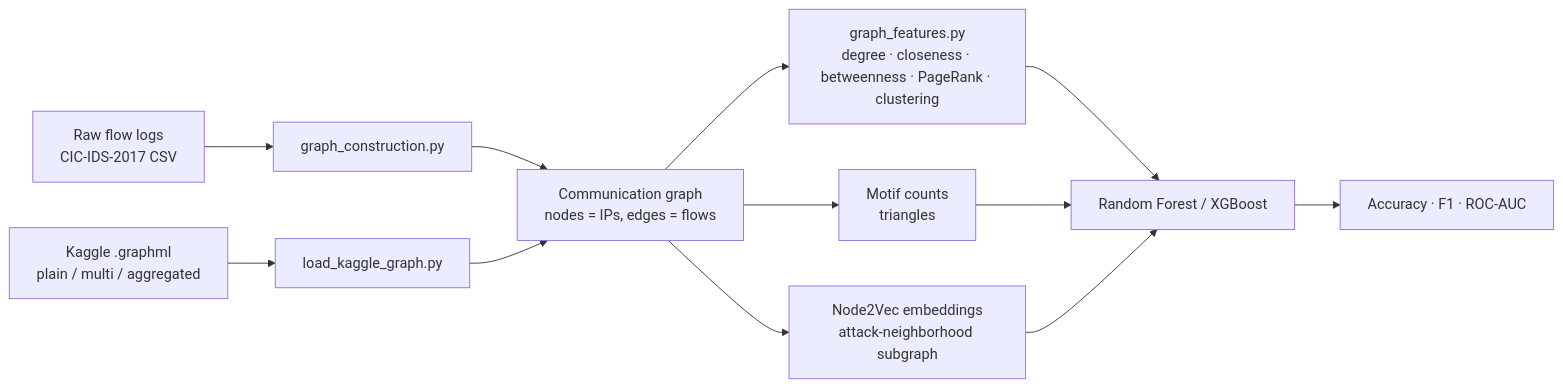
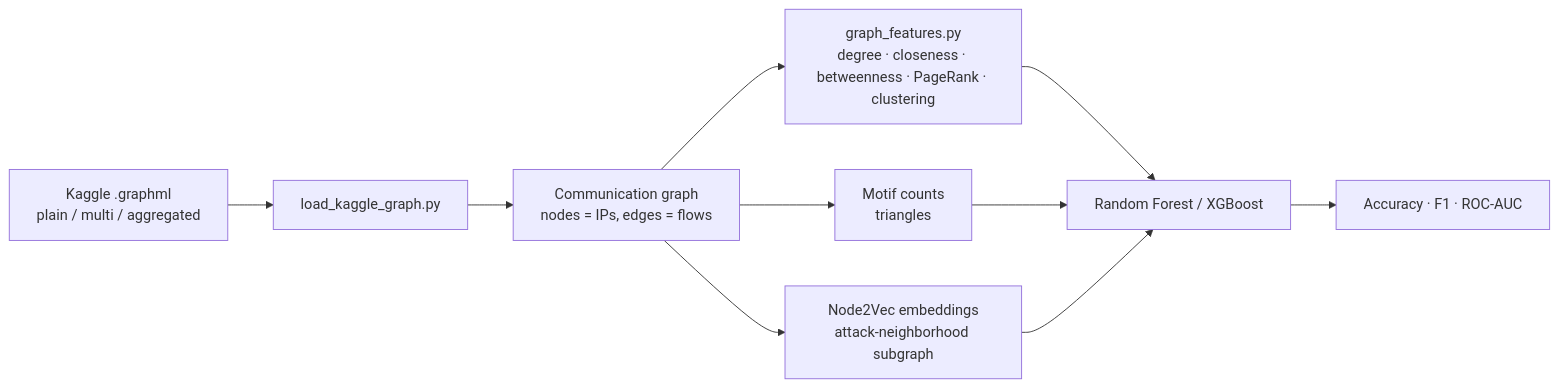
The diagram in README.md (Mangesh-Bhattacharya/graph-based-network-intrusion-detection), drawn with Mermaid before and after one commit. The commit also changed other lines of this file, not shown here.

````diff
--- a/README.md
+++ b/README.md
@@ -75,14 +74,12 @@
 ```mermaid
 flowchart LR
-    A[Raw flow logs<br/>CIC-IDS-2017 CSV] --> B[graph_construction.py]
     K[Kaggle .graphml<br/>plain / multi / aggregated] --> L[load_kaggle_graph.py]
-    B --> C[Communication graph<br/>nodes = IPs, edges = flows]
-    L --> C
+    L --> C[Communication graph<br/>nodes = IPs, edges = flows]
     C --> D[graph_features.py<br/>degree · closeness · betweenness · PageRank · clustering]
     C --> E[Motif counts<br/>triangles]
     C --> F[Node2Vec embeddings<br/>attack-neighborhood subgraph]
     D --> G[Random Forest / XGBoost]
     E --> G
     F --> G
     G --> H[Accuracy · F1 · ROC-AUC]
 ```
````
